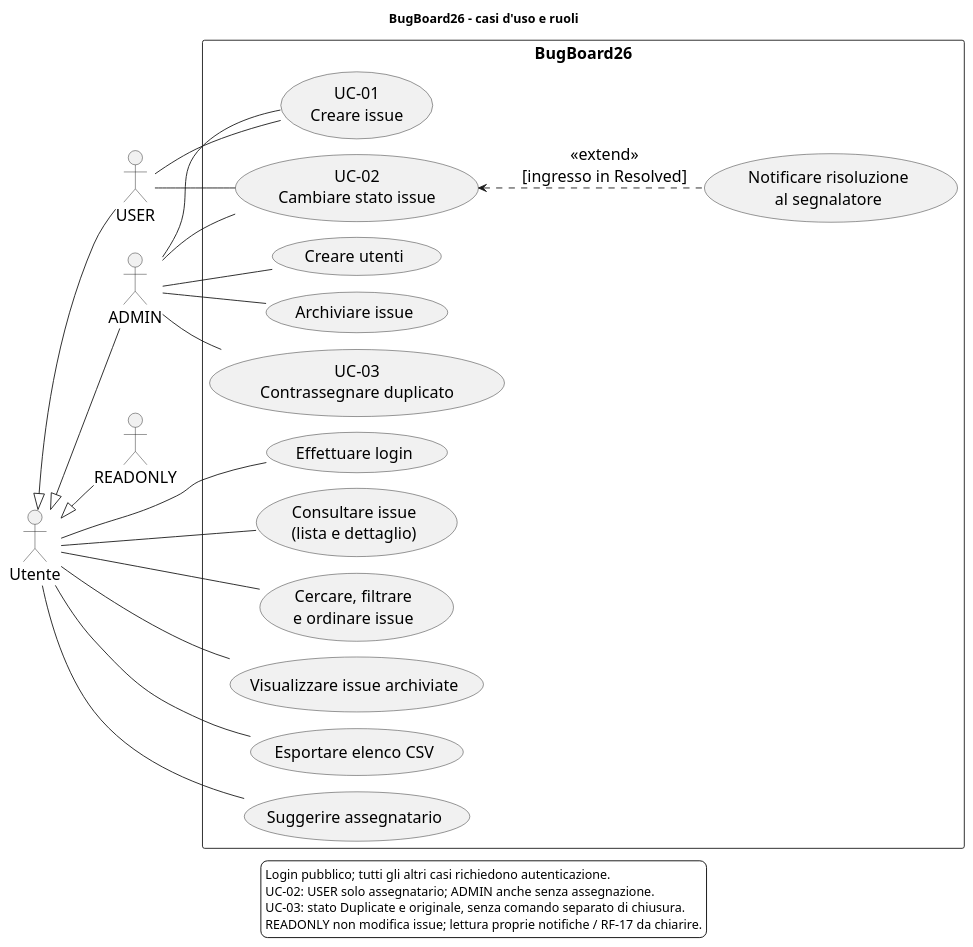
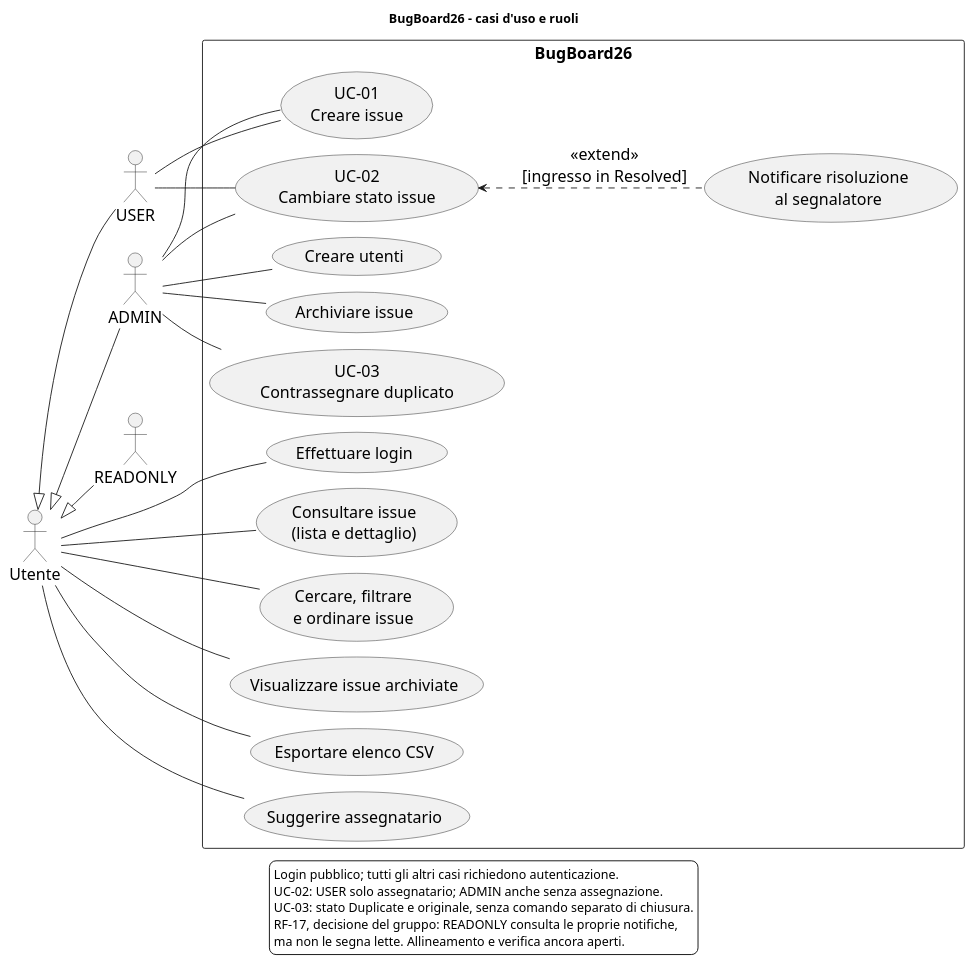
Before and after one commit to Valeriop03/BugBoard26: the diagram in Documentazione/Primo homework/UCD/use_case_diagram.puml, drawn with PlantUML. The commit also changed 29 other files, not shown here.

```diff
--- a/Documentazione/Primo homework/UCD/use_case_diagram.puml
+++ b/Documentazione/Primo homework/UCD/use_case_diagram.puml
@@ -1,54 +1,55 @@
 @startuml
 !pragma layout smetana
 left to right direction
 title BugBoard26 - casi d'uso e ruoli
 skinparam backgroundColor white
 skinparam defaultFontName Arial
 skinparam defaultFontSize 18
 skinparam packageStyle rectangle
 skinparam shadowing false
 
 actor Utente
 actor USER
 actor ADMIN
 actor READONLY
 Utente <|-- USER
 Utente <|-- ADMIN
 Utente <|-- READONLY
 
 rectangle BugBoard26 {
   usecase "Effettuare login" as Login
   usecase "Consultare issue\n(lista e dettaglio)" as List
   usecase "Cercare, filtrare\ne ordinare issue" as Search
   usecase "Visualizzare issue archiviate" as Archived
   usecase "Esportare elenco CSV" as Export
   usecase "Suggerire assegnatario" as Suggest
   usecase "UC-01\nCreare issue" as Create
   usecase "UC-02\nCambiare stato issue" as Status
   usecase "Notificare risoluzione\nal segnalatore" as Notify
   usecase "Creare utenti" as Users
   usecase "Archiviare issue" as Archive
   usecase "UC-03\nContrassegnare duplicato" as Duplicate
 }
 
 Utente -- Login
 Utente -- List
 Utente -- Search
 Utente -- Archived
 Utente -- Export
 Utente -- Suggest
 USER -- Create
 ADMIN -- Create
 USER -- Status
 ADMIN -- Status
 ADMIN -- Users
 ADMIN -- Archive
 ADMIN -- Duplicate
 Notify .up.> Status : <<extend>>\n[ingresso in Resolved]
 legend bottom
   Login pubblico; tutti gli altri casi richiedono autenticazione.
   UC-02: USER solo assegnatario; ADMIN anche senza assegnazione.
   UC-03: stato Duplicate e originale, senza comando separato di chiusura.
-  READONLY non modifica issue; lettura proprie notifiche / RF-17 da chiarire.
+  RF-17, decisione del gruppo: READONLY consulta le proprie notifiche,
+  ma non le segna lette. Allineamento e verifica ancora aperti.
 endlegend
 @enduml
```
